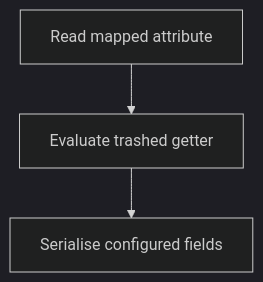
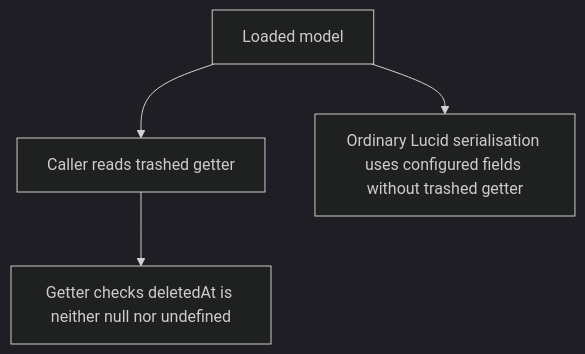
Before and after one commit to Kevinjohn/oss-adonisjs-lucid-soft-delete: the second of 2 diagrams in user-stories/integration/us-app-12-serialisation.md, drawn with Mermaid (dark theme). The commit also changed other lines of this file and 22 other files, not shown here.

Commit message:
docs: verify user story paths and Mermaid flows against implementation

````diff
--- a/user-stories/integration/us-app-12-serialisation.md
+++ b/user-stories/integration/us-app-12-serialisation.md
@@ -26,4 +28,5 @@
 ```mermaid
 flowchart TD
-    A["Read mapped attribute"] --> B["Evaluate trashed getter"] --> C["Serialise configured fields"]
+    A["Loaded model"] --> B["Caller reads trashed getter"] --> D["Getter checks deletedAt is neither null nor undefined"]
+    A --> C["Ordinary Lucid serialisation uses configured fields without trashed getter"]
 ```
````
